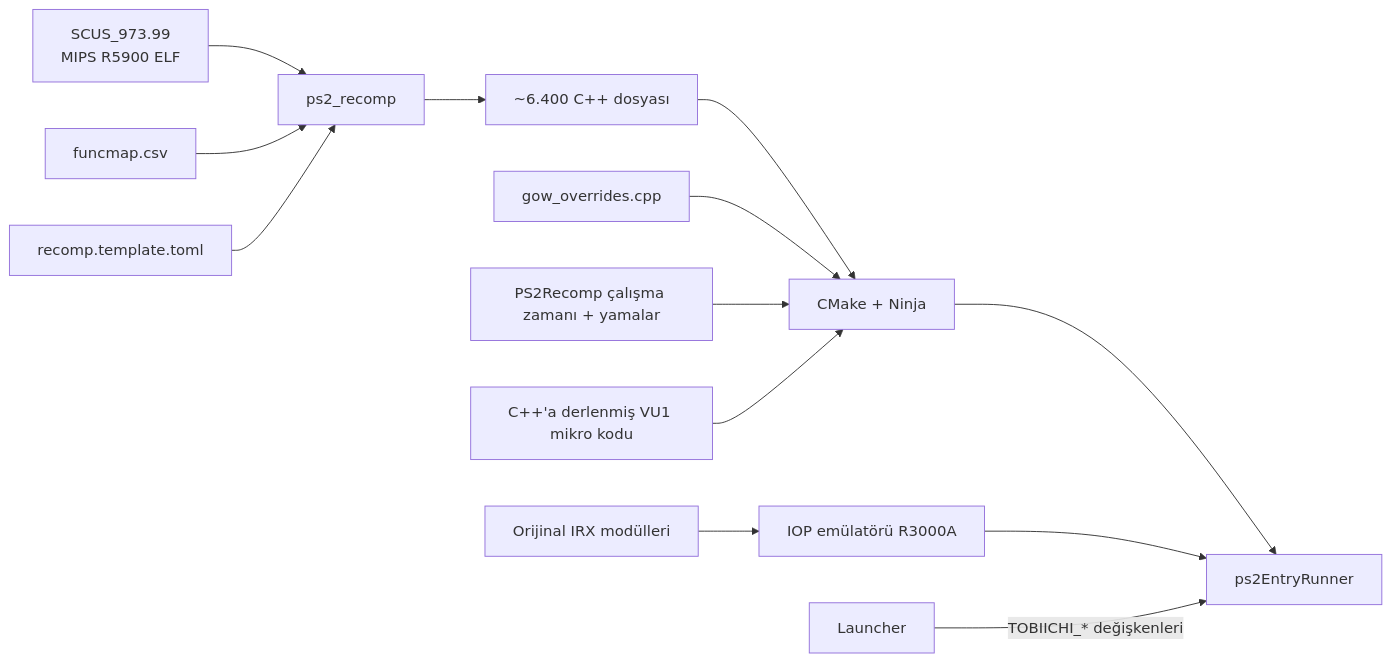
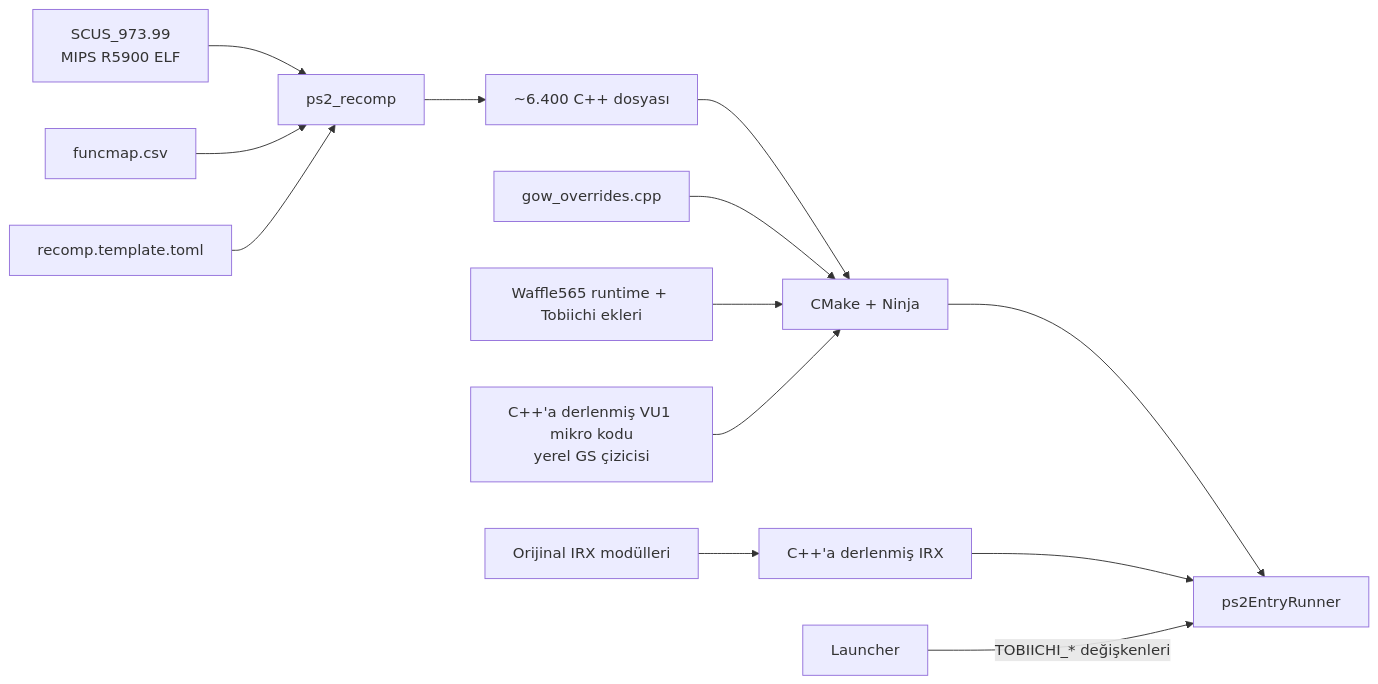
The diagram in README.tr.md (YYOzcan/Tobiichi-Port), drawn with Mermaid before and after one commit. The commit also changed other lines of this file and 11 other files, not shown here.

````diff
--- a/README.tr.md
+++ b/README.tr.md
@@ -157,15 +138,15 @@
 ```mermaid
 flowchart LR
     A[SCUS_973.99<br/>MIPS R5900 ELF] --> B[ps2_recomp]
     M[funcmap.csv] --> B
     C[recomp.template.toml] --> B
     B --> D[~6.400 C++ dosyası]
     D --> E[CMake + Ninja]
     O[gow_overrides.cpp] --> E
-    P[PS2Recomp çalışma zamanı + yamalar] --> E
-    V[C++'a derlenmiş VU1 mikro kodu] --> E
+    P[Waffle565 runtime + Tobiichi ekleri] --> E
+    V[C++'a derlenmiş VU1 mikro kodu<br/>yerel GS çizicisi] --> E
     E --> F[ps2EntryRunner]
-    I[Orijinal IRX modülleri] --> G[IOP emülatörü R3000A]
+    I[Orijinal IRX modülleri] --> G[C++'a derlenmiş IRX]
     G --> F
     L[Launcher] -->|TOBIICHI_* değişkenleri| F
 ```
````
